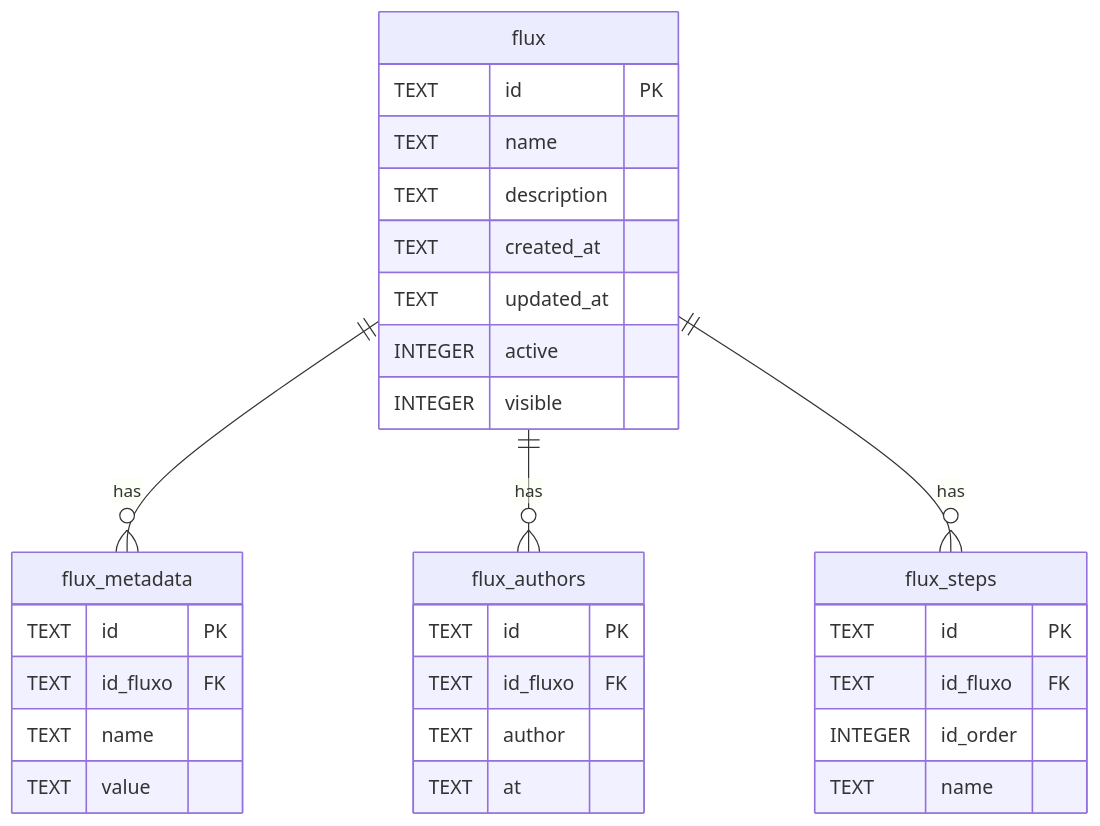
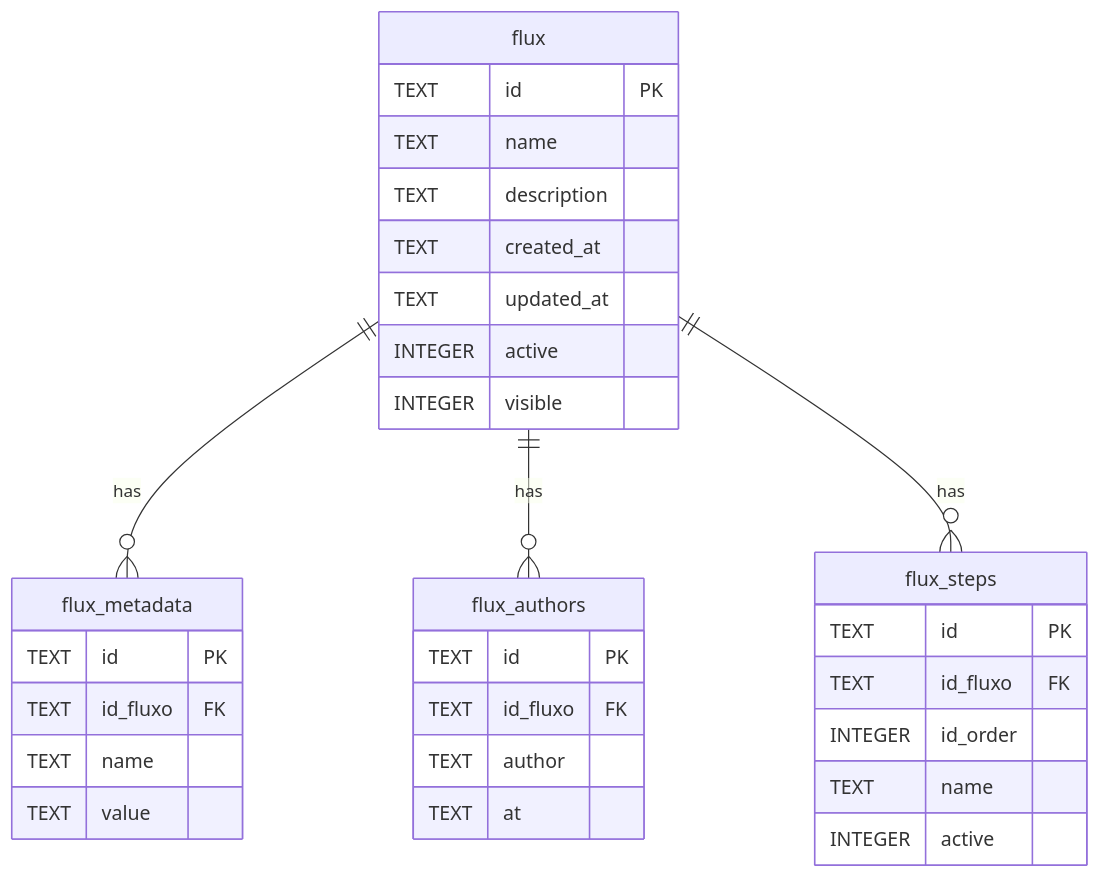
One commit to frkr/flower-audit changed the second of 4 diagrams in schema.md. Above: the diagram before and after it, drawn with Mermaid. The commit also changed other lines of this file and 10 other files, not shown here.

Commit message:
feat: add author tracking and soft delete for flow, process, and files

````diff
--- a/schema.md
+++ b/schema.md
@@ -118,34 +120,35 @@
 ```mermaid
 erDiagram
     flux ||--o{ flux_metadata : has
     flux ||--o{ flux_authors  : has
     flux ||--o{ flux_steps    : has
 
     flux {
         TEXT    id PK
         TEXT    name
         TEXT    description
         TEXT    created_at
         TEXT    updated_at
         INTEGER active
         INTEGER visible
     }
     flux_metadata {
         TEXT id PK
         TEXT id_fluxo FK
         TEXT name
         TEXT value
     }
     flux_authors {
         TEXT id PK
         TEXT id_fluxo FK
         TEXT author
         TEXT at
     }
     flux_steps {
         TEXT    id PK
         TEXT    id_fluxo FK
         INTEGER id_order
         TEXT    name
+        INTEGER active
     }
 ```
````
